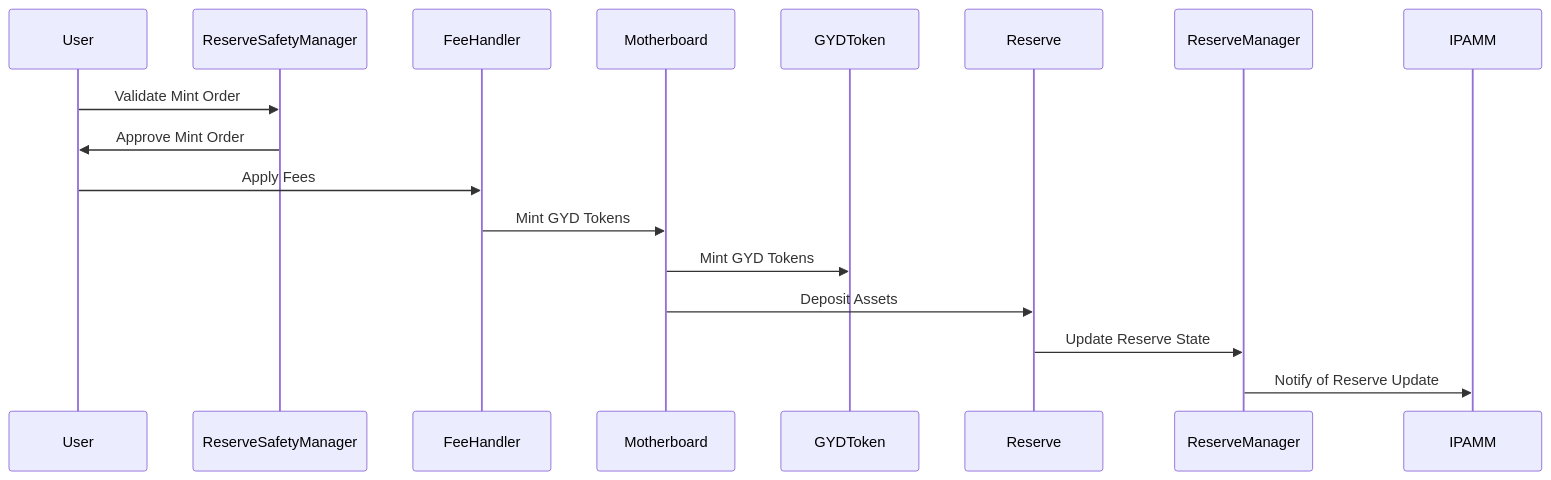
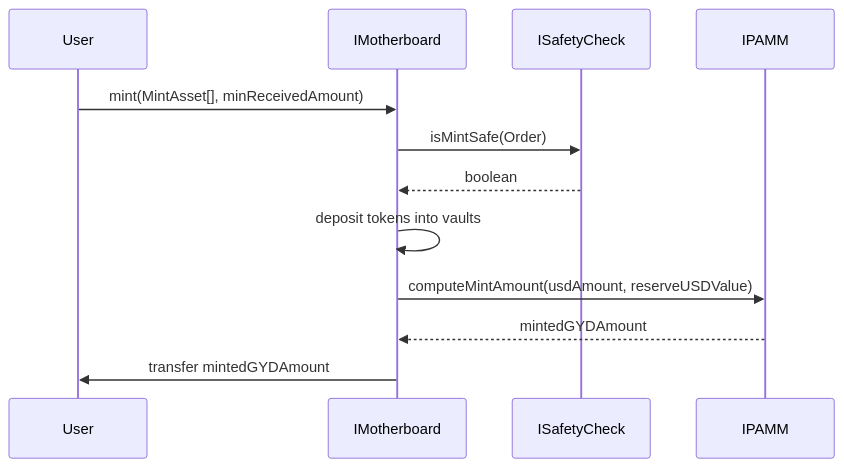
The diagram in pages/architecture-interactions/minting-flow.mdx (hrishioa/gyro-contract-docs), drawn with Mermaid before and after one commit. The commit also changed other lines of this file and 26 other files, not shown here.

````diff
--- a/pages/architecture-interactions/minting-flow.mdx
+++ b/pages/architecture-interactions/minting-flow.mdx
@@ -41,22 +44,15 @@
 ```mermaid
 sequenceDiagram
     participant User
-    participant ReserveSafetyManager
-    participant FeeHandler
-    participant Motherboard
-    participant GYDToken
-    participant Reserve
-    participant ReserveManager
+    participant IMotherboard
+    participant ISafetyCheck
+    participant IPAMM
 
-    User->>ReserveSafetyManager: Validate Mint Order
-    ReserveSafetyManager->>User: Approve Mint Order
-
-    User->>FeeHandler: Apply Fees
-    FeeHandler->>Motherboard: Mint GYD Tokens
-
-    Motherboard->>GYDToken: Mint GYD Tokens
-    Motherboard->>Reserve: Deposit Assets
-
-    Reserve->>ReserveManager: Update Reserve State
-    ReserveManager->>IPAMM: Notify of Reserve Update
+    User->>IMotherboard: mint(MintAsset[], minReceivedAmount)
+    IMotherboard->>ISafetyCheck: isMintSafe(Order)
+    ISafetyCheck-->>IMotherboard: boolean
+    IMotherboard->>IMotherboard: deposit tokens into vaults
+    IMotherboard->>IPAMM: computeMintAmount(usdAmount, reserveUSDValue)
+    IPAMM-->>IMotherboard: mintedGYDAmount
+    IMotherboard->>User: transfer mintedGYDAmount
 ```
````
